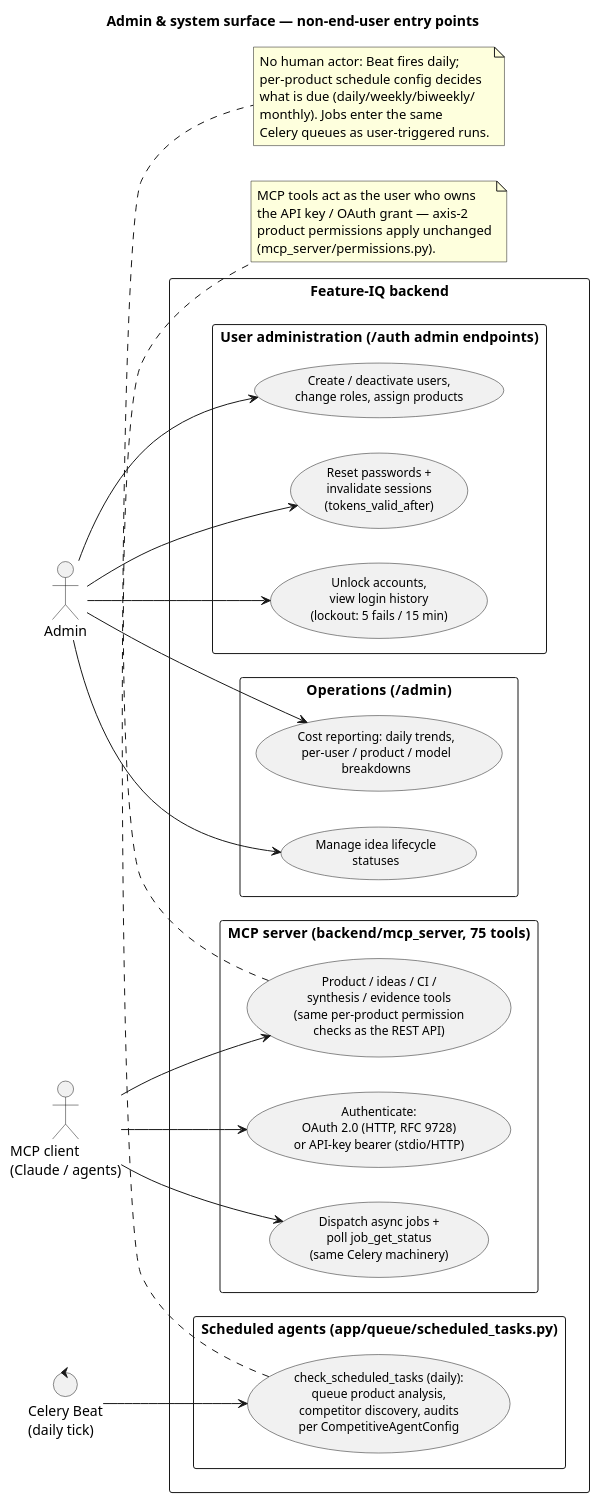
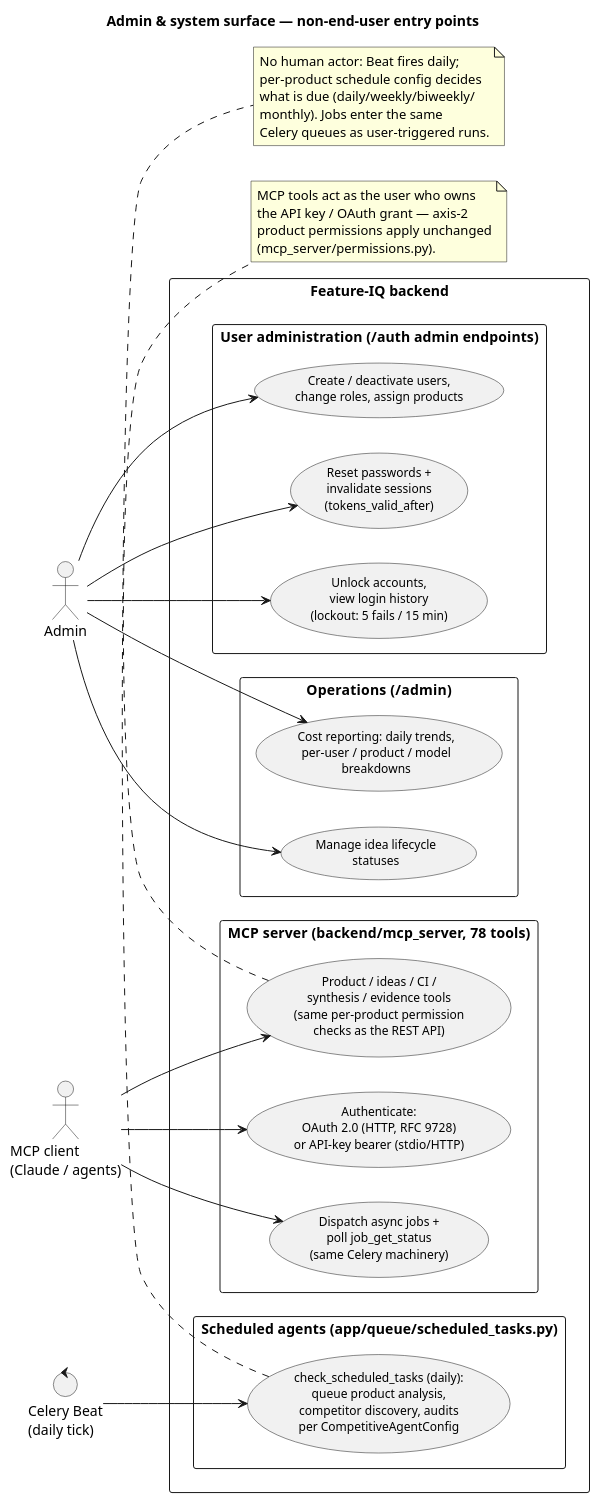
One commit to aglambert1/feature-voting-system changed the second of 2 diagrams in docs/getting-started/use-case-diagrams.puml. Above: the diagram before and after it, drawn with PlantUML. The commit also changed other lines of this file and 7 other files, not shown here.

```diff
--- a/docs/getting-started/use-case-diagrams.puml
+++ b/docs/getting-started/use-case-diagrams.puml
@@ -121,61 +116,61 @@
 @startuml admin-system-surface
 title Admin & system surface — non-end-user entry points
 left to right direction
 skinparam packageStyle rectangle
 skinparam usecaseFontSize 12
 
 actor Admin
 actor "MCP client\n(Claude / agents)" as MCP
 control "Celery Beat\n(daily tick)" as Beat
 
 rectangle "Feature-IQ backend" {
 
   package "User administration  (/auth admin endpoints)" {
     usecase "Create / deactivate users,\nchange roles, assign products" as UC_users
     usecase "Reset passwords +\ninvalidate sessions\n(tokens_valid_after)" as UC_reset
     usecase "Unlock accounts,\nview login history\n(lockout: 5 fails / 15 min)" as UC_unlock
   }
 
   package "Operations  (/admin)" {
     usecase "Cost reporting: daily trends,\nper-user / product / model\nbreakdowns" as UC_costs
     usecase "Manage idea lifecycle\nstatuses" as UC_lifecycle
   }
 
-  package "MCP server  (backend/mcp_server, 75 tools)" {
+  package "MCP server  (backend/mcp_server, 78 tools)" {
     usecase "Authenticate:\nOAuth 2.0 (HTTP, RFC 9728)\nor API-key bearer (stdio/HTTP)" as UC_mcpauth
     usecase "Product / ideas / CI /\nsynthesis / evidence tools\n(same per-product permission\nchecks as the REST API)" as UC_mcptools
     usecase "Dispatch async jobs +\npoll job_get_status\n(same Celery machinery)" as UC_mcpjobs
   }
 
   package "Scheduled agents  (app/queue/scheduled_tasks.py)" {
     usecase "check_scheduled_tasks (daily):\nqueue product analysis,\ncompetitor discovery, audits\nper CompetitiveAgentConfig" as UC_sched
   }
 }
 
 Admin --> UC_users
 Admin --> UC_reset
 Admin --> UC_unlock
 Admin --> UC_costs
 Admin --> UC_lifecycle
 
 MCP --> UC_mcpauth
 MCP --> UC_mcptools
 MCP --> UC_mcpjobs
 
 Beat --> UC_sched
 
 note bottom of UC_mcptools
   MCP tools act as the user who owns
   the API key / OAuth grant — axis-2
   product permissions apply unchanged
   (mcp_server/permissions.py).
 end note
 
 note bottom of UC_sched
   No human actor: Beat fires daily;
   per-product schedule config decides
   what is due (daily/weekly/biweekly/
   monthly). Jobs enter the same
   Celery queues as user-triggered runs.
 end note
 @enduml
```
